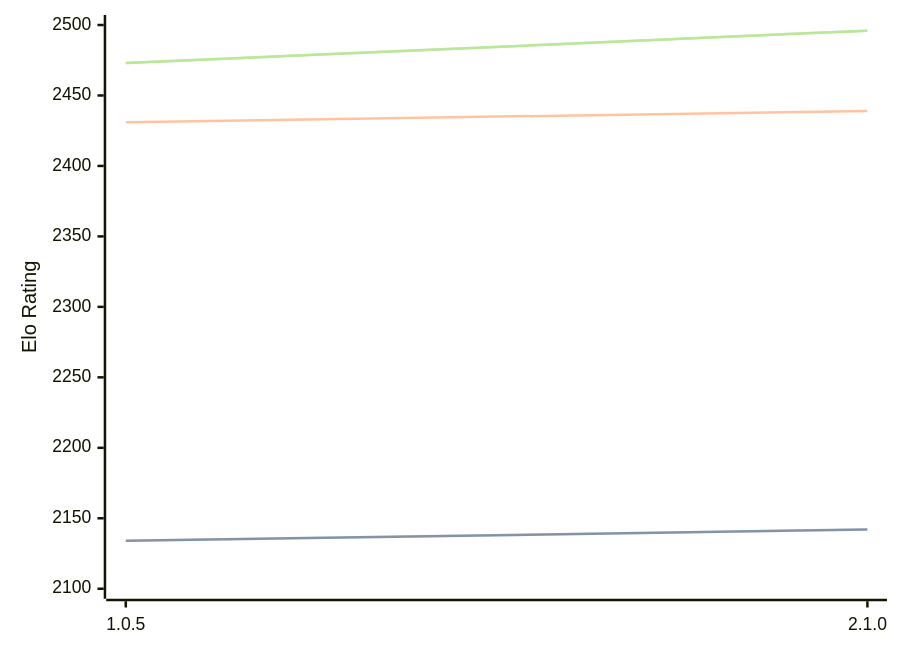
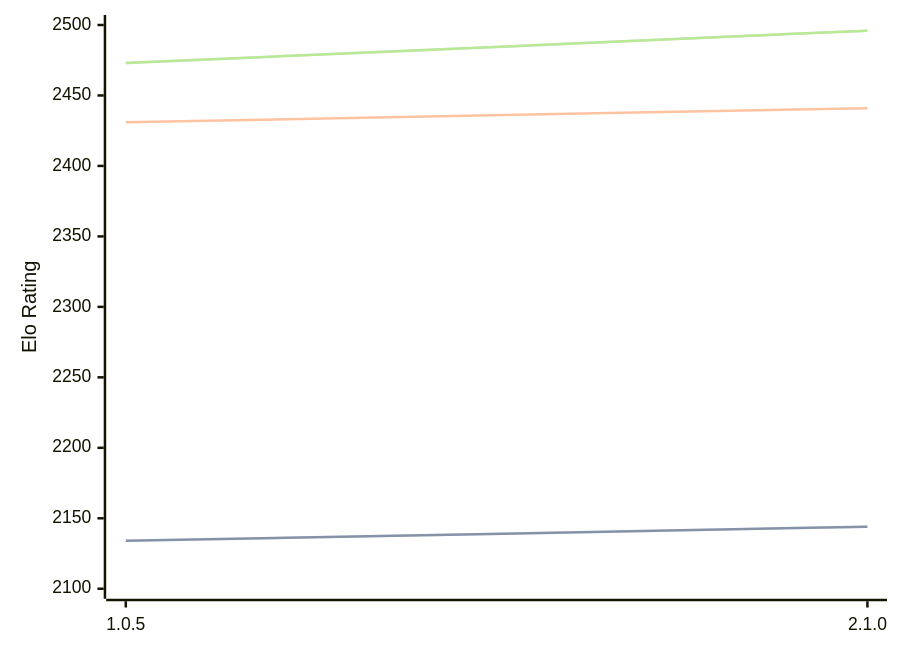
One commit to computer-chess-index/cci changed the third of 3 diagrams in engines/Ruffian.md. Above: the diagram before and after it, drawn with Mermaid. The commit also changed other lines of this file, not shown here.

````diff
--- a/engines/Ruffian.md
+++ b/engines/Ruffian.md
@@ -65,11 +65,11 @@
 ```mermaid
 %%{init: {"theme":"base","themeVariables":{"seriesColors:['#a3a3a3','#222221','#faa371']}}}%%
 xychart-beta
   x-axis ["1.0.5", "2.1.0"]
   y-axis "Elo Rating" 2100 --> 2500
-  line "STC (8.0+0.08s)" [2134, 2142]
-  line "STC (8.0+0.08s)" [2134, 2142]
-  line "LTC (60.0+0.60s)" [2431, 2439]
+  line "STC (8.0+0.08s)" [2134, 2144]
+  line "STC (8.0+0.08s)" [2134, 2144]
+  line "LTC (60.0+0.60s)" [2431, 2441]
   line "VLTC (2m24s+1.12s)" [2473, 2496]
   line "VLTC (2m24s+1.12s)" [2473, 2496]
 ```
````
